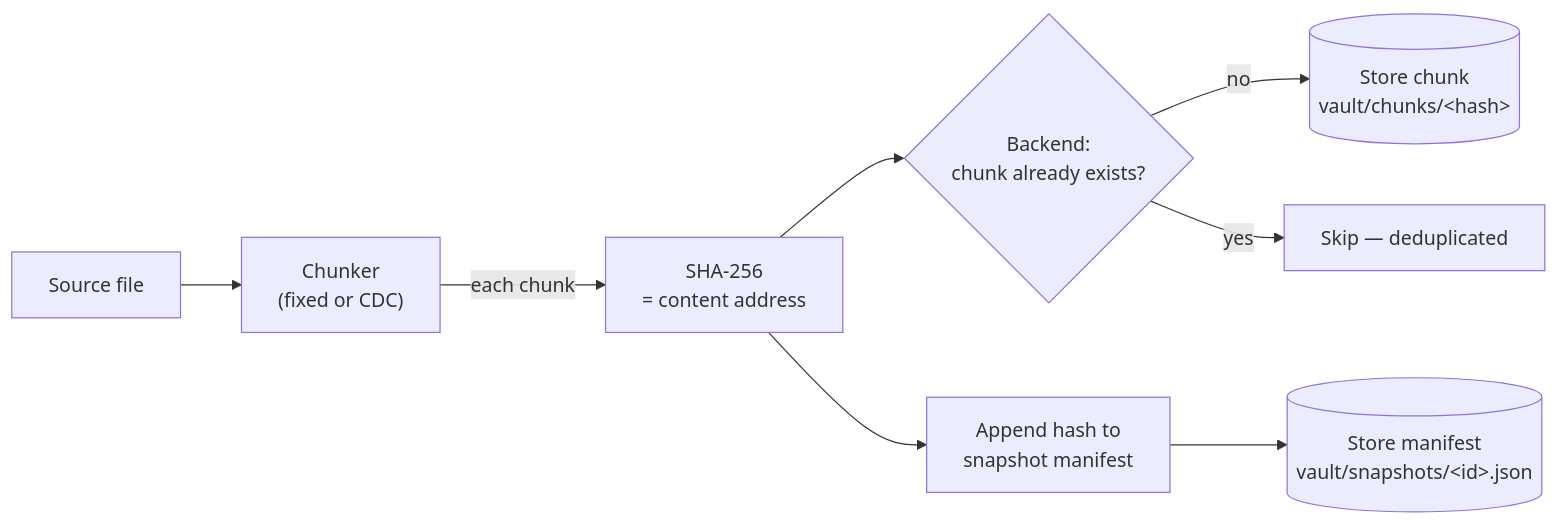
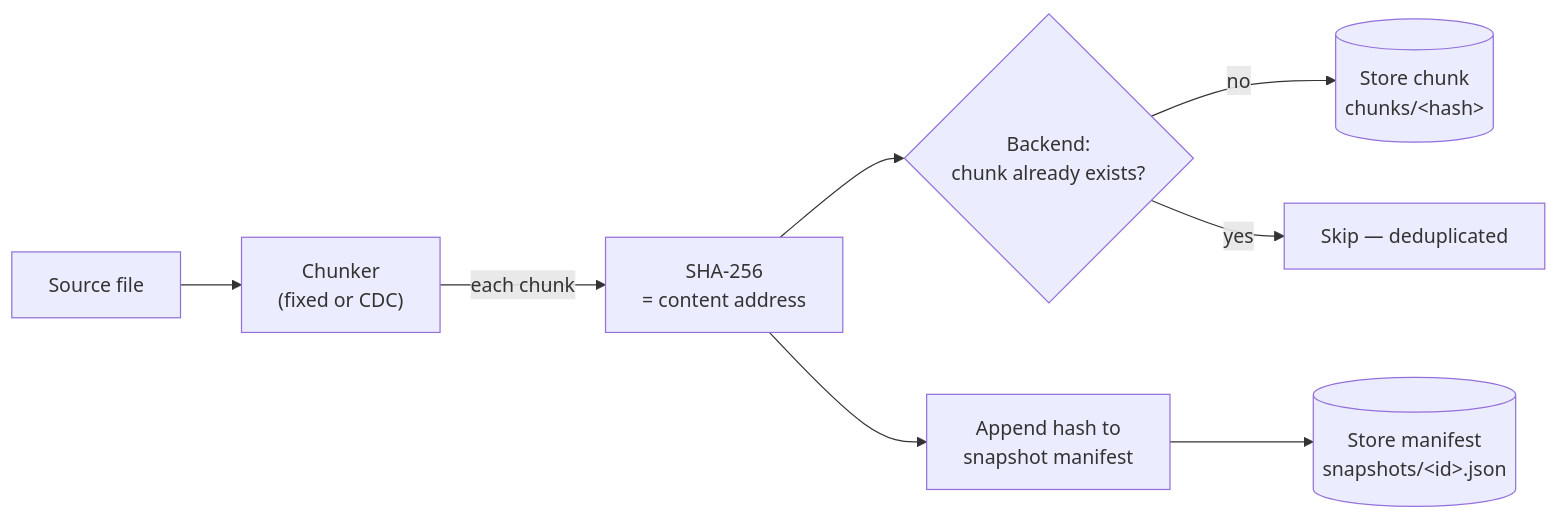
Before and after one commit to Arjun7114/modelvault: the first of 2 diagrams in README.md, drawn with Mermaid. The commit also changed other lines of this file, not shown here.

````diff
--- a/README.md
+++ b/README.md
@@ -31,10 +34,10 @@
 ```mermaid
 flowchart LR
     SRC["Source file"] --> CH["Chunker<br/>(fixed or CDC)"]
     CH -->|"each chunk"| HASH["SHA-256<br/>= content address"]
     HASH --> HAS{"Backend:<br/>chunk already exists?"}
-    HAS -->|"no"| PUT[("Store chunk<br/>vault/chunks/&lt;hash&gt;")]
+    HAS -->|"no"| PUT[("Store chunk<br/>chunks/&lt;hash&gt;")]
     HAS -->|"yes"| SKIP["Skip — deduplicated"]
     HASH --> MAN["Append hash to<br/>snapshot manifest"]
-    MAN --> SNAP[("Store manifest<br/>vault/snapshots/&lt;id&gt;.json")]
+    MAN --> SNAP[("Store manifest<br/>snapshots/&lt;id&gt;.json")]
 ```
````
